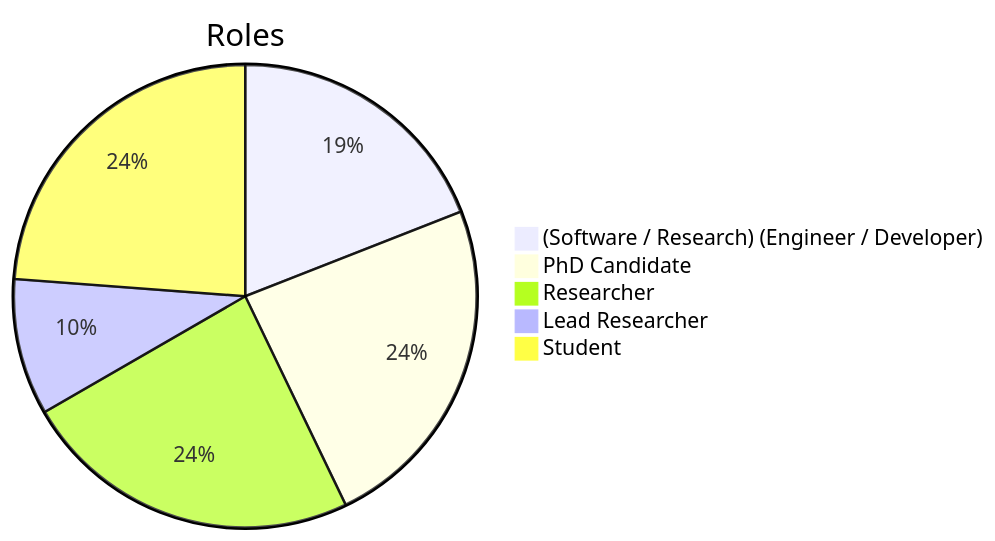
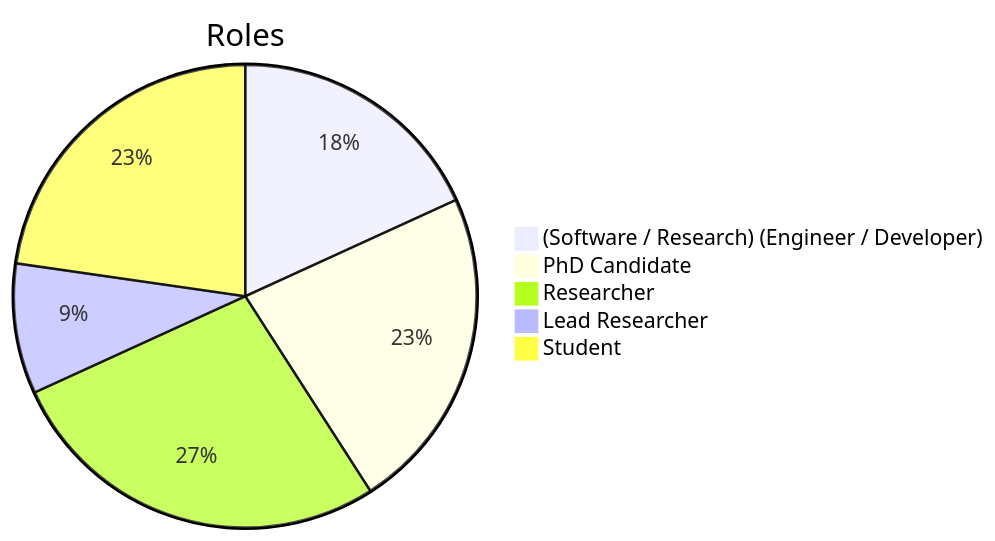
Before and after one commit to anonym-evalpro/EvalPro: the second of 15 diagrams in Search/README.md, drawn with Mermaid. The commit also changed other lines of this file and 1 other file, not shown here.

````diff
--- a/Search/README.md
+++ b/Search/README.md
@@ -21,8 +21,8 @@
        ```mermaid
         pie title Roles
         "(Software / Research) (Engineer / Developer)" : 4
         "PhD Candidate" : 5
-        "Researcher" : 5
+        "Researcher" : 6
         "Lead Researcher" : 2
         "Student" : 5
        ```
````
